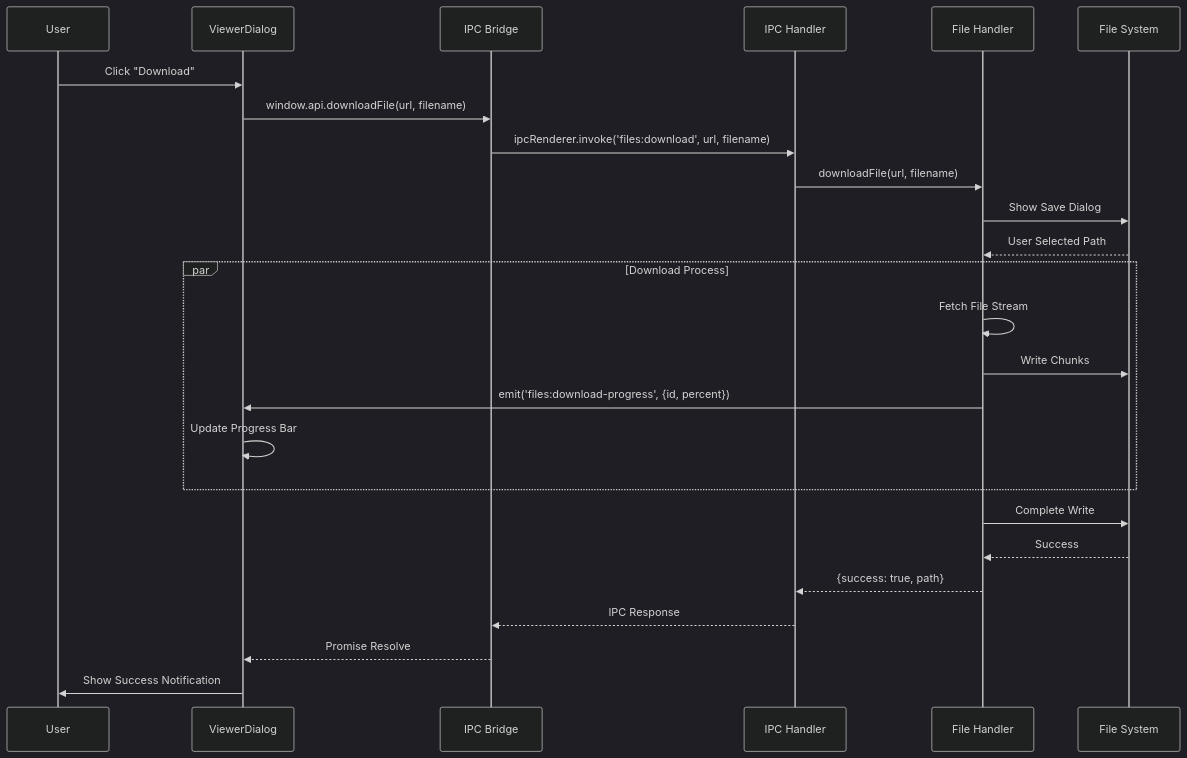
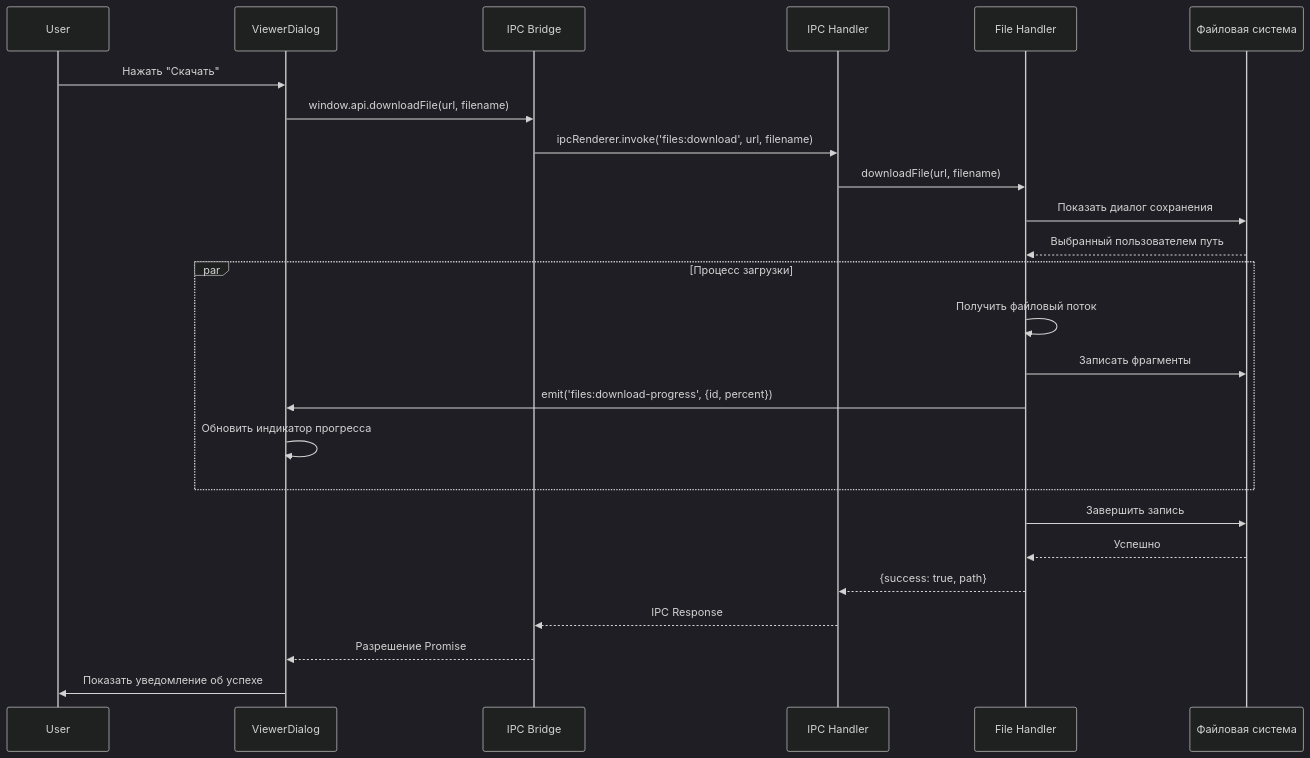
Diagram 11 of 11 in .docs-i18n/ru/docs/architecture.md (KazeKaze93/RuleDesk), drawn with Mermaid (dark theme) before and after one commit. The commit also changed other lines of this file and 10 other files, not shown here.

````diff
--- a/.docs-i18n/ru/docs/architecture.md
+++ b/.docs-i18n/ru/docs/architecture.md
@@ -1266,30 +1290,30 @@
 ```mermaid
 sequenceDiagram
     participant User
     participant Viewer as ViewerDialog
     participant Bridge as IPC Bridge
     participant IPC as IPC Handler
     participant FileHandler as File Handler
-    participant FileSystem as File System
+    participant FileSystem as Файловая система
 
-    User->>Viewer: Click "Download"
+    User->>Viewer: Нажать "Скачать"
     Viewer->>Bridge: window.api.downloadFile(url, filename)
     Bridge->>IPC: ipcRenderer.invoke('files:download', url, filename)
     IPC->>FileHandler: downloadFile(url, filename)
-    FileHandler->>FileSystem: Show Save Dialog
-    FileSystem-->>FileHandler: User Selected Path
+    FileHandler->>FileSystem: Показать диалог сохранения
+    FileSystem-->>FileHandler: Выбранный пользователем путь
 
-    par Download Process
-        FileHandler->>FileHandler: Fetch File Stream
-        FileHandler->>FileSystem: Write Chunks
+    par Процесс загрузки
+        FileHandler->>FileHandler: Получить файловый поток
+        FileHandler->>FileSystem: Записать фрагменты
         FileHandler->>Viewer: emit('files:download-progress', {id, percent})
-        Viewer->>Viewer: Update Progress Bar
+        Viewer->>Viewer: Обновить индикатор прогресса
     end
 
-    FileHandler->>FileSystem: Complete Write
-    FileSystem-->>FileHandler: Success
+    FileHandler->>FileSystem: Завершить запись
+    FileSystem-->>FileHandler: Успешно
     FileHandler-->>IPC: {success: true, path}
     IPC-->>Bridge: IPC Response
-    Bridge-->>Viewer: Promise Resolve
-    Viewer->>User: Show Success Notification
+    Bridge-->>Viewer: Разрешение Promise
+    Viewer->>User: Показать уведомление об успехе
 ```
````
